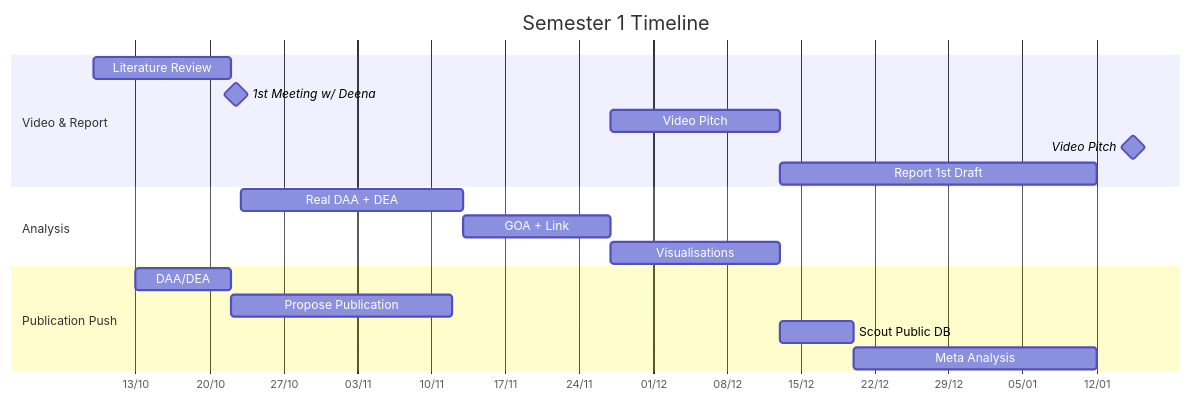
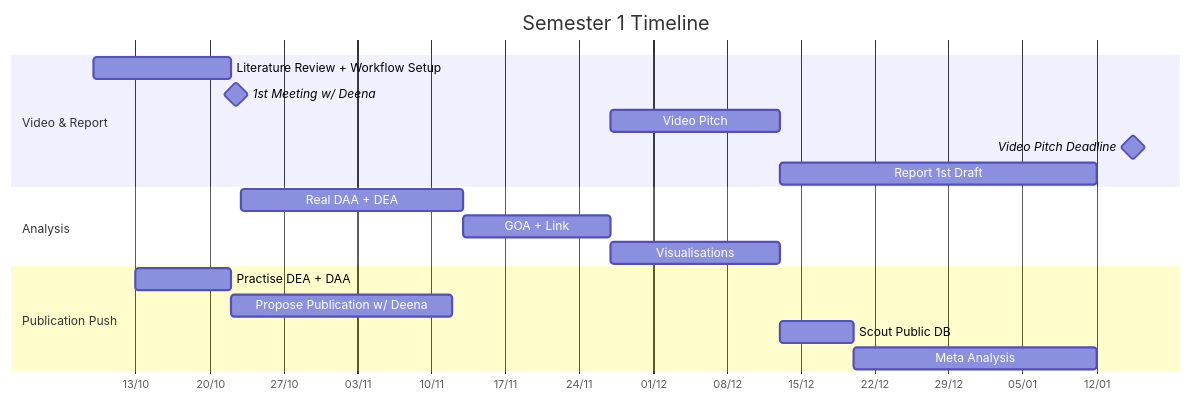
The first of 2 diagrams in README.md (miguelalburo/gendoo_group), drawn with Mermaid before and after one commit. The commit also changed other lines of this file, not shown here.

Commit message:
I am going to bed now

````diff
--- a/README.md
+++ b/README.md
@@ -7,26 +7,26 @@
 ```mermaid
 gantt
     title Semester 1 Timeline
     dateFormat  DD-MM-YYYY
     axisFormat  %d/%m
     tickInterval 1week
     weekday monday
 
     section Video & Report
-    Literature Review        :lit, 09-10-2025, 22-10-2025
+    Literature Review + Workflow Setup       :lit, 09-10-2025, 22-10-2025
     1st Meeting w/ Deena     :milestone, deena, 22-10-2025, 1d
     Video Pitch              :pitch, after link, 13-12-2025
-    Video Pitch              :milestone, 15-01-2026, 1d
+    Video Pitch Deadline             :milestone, 15-01-2026, 1d
     Report 1st Draft         :after pitch, 12-01-2026
 
     section Analysis
     Real DAA + DEA           :real, after deena, 3w
     GOA + Link               :link, after real, 2w
     Visualisations    :after link, 13-12-2025
 
     section Publication Push
-    DAA/DEA                  :practise, 13-10-2025, 22-10-2025
-    Propose Publication      :proposal, after practise, 3w
+    Practise DEA + DAA                 :practise, 13-10-2025, 22-10-2025
+    Propose Publication w/ Deena      :proposal, after practise, 3w
     Scout Public DB          :db, after pitch, 1w
     Meta Analysis            :meta, after db, 12-01-2026
 ```
````
